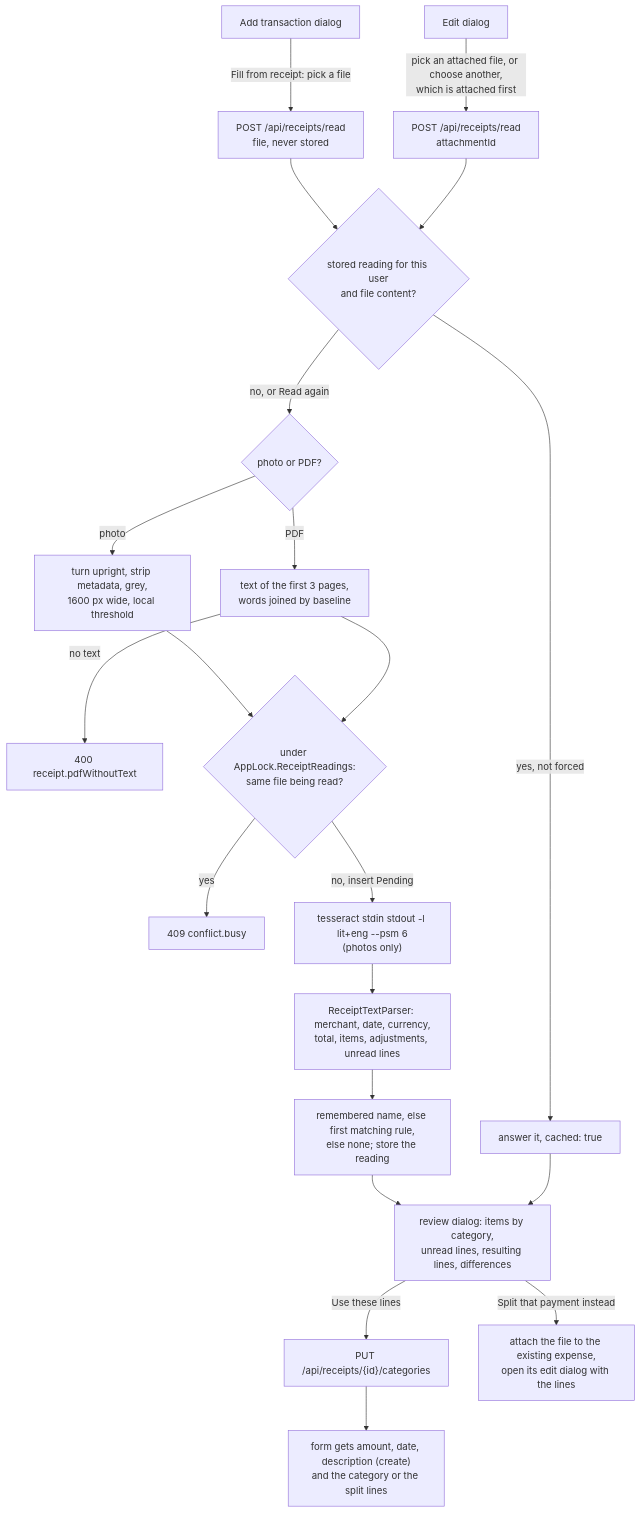
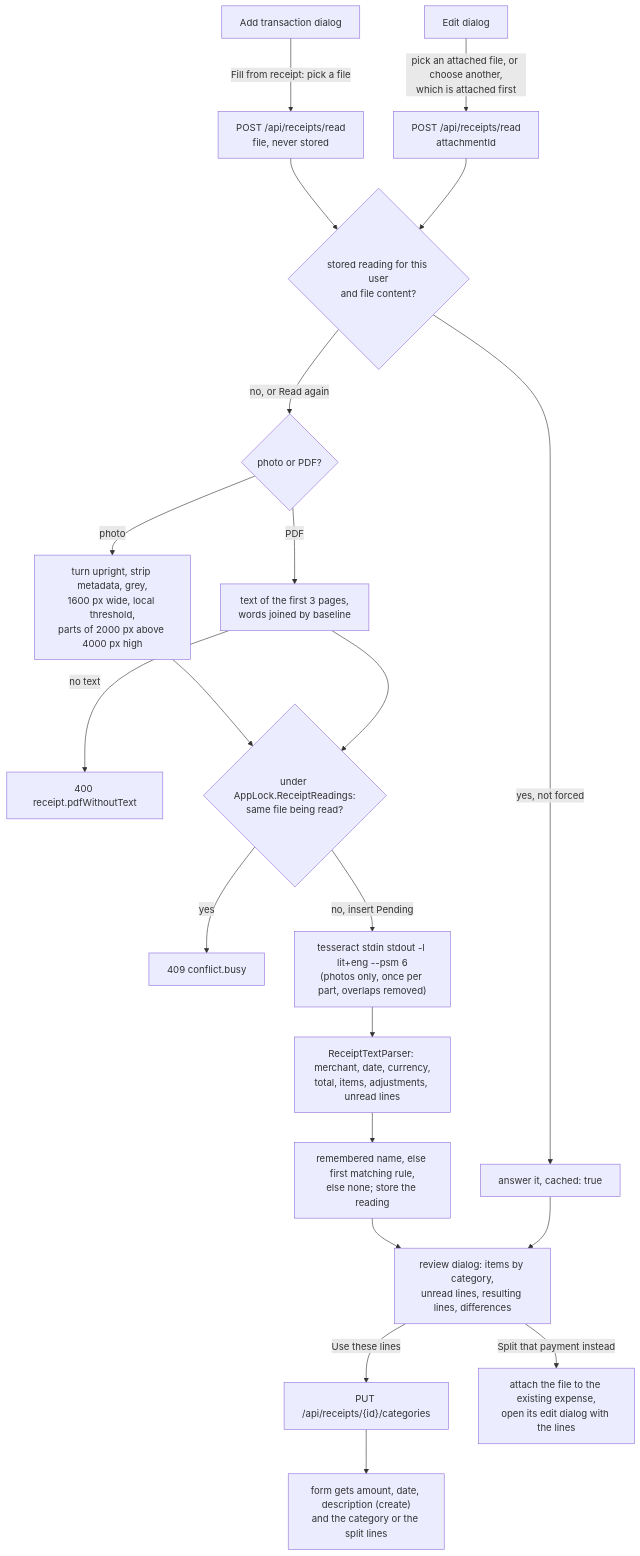
Before and after one commit to Justxs/Jx-Finance: the diagram in docs/features/receipt-reading.md, drawn with Mermaid. The commit also changed other lines of this file and 7 other files, not shown here.

````diff
--- a/docs/features/receipt-reading.md
+++ b/docs/features/receipt-reading.md
@@ -19,23 +19,23 @@
 ```mermaid
 flowchart TD
     Create["Add transaction dialog"] -->|"Fill from receipt: pick a file"| Upload["POST /api/receipts/read<br/>file, never stored"]
     Edit["Edit dialog"] -->|"pick an attached file, or choose another,<br/>which is attached first"| Attached["POST /api/receipts/read<br/>attachmentId"]
     Upload --> Service
     Attached --> Service
     Service{"stored reading for this user<br/>and file content?"} -->|"yes, not forced"| Cached["answer it, cached: true"]
     Service -->|"no, or Read again"| Prepare{"photo or PDF?"}
-    Prepare -->|"photo"| Image["turn upright, strip metadata, grey,<br/>1600 px wide, local threshold"]
+    Prepare -->|"photo"| Image["turn upright, strip metadata, grey,<br/>1600 px wide, local threshold,<br/>parts of 2000 px above 4000 px high"]
     Prepare -->|"PDF"| Text["text of the first 3 pages,<br/>words joined by baseline"]
     Text -->|"no text"| NoText["400 receipt.pdfWithoutText"]
     Image --> Busy{"under AppLock.ReceiptReadings:<br/>same file being read?"}
     Text --> Busy
     Busy -->|"yes"| Conflict["409 conflict.busy"]
-    Busy -->|"no, insert Pending"| Ocr["tesseract stdin stdout -l lit+eng --psm 6<br/>(photos only)"]
+    Busy -->|"no, insert Pending"| Ocr["tesseract stdin stdout -l lit+eng --psm 6<br/>(photos only, once per part, overlaps removed)"]
     Ocr --> Parse["ReceiptTextParser: merchant, date, currency,<br/>total, items, adjustments, unread lines"]
     Parse --> Categories["remembered name, else first matching rule,<br/>else none; store the reading"]
     Categories --> Review["review dialog: items by category,<br/>unread lines, resulting lines, differences"]
     Cached --> Review
     Review -->|"Use these lines"| Learn["PUT /api/receipts/{id}/categories"]
     Learn --> Form["form gets amount, date, description (create)<br/>and the category or the split lines"]
     Review -->|"Split that payment instead"| Candidate["attach the file to the existing expense,<br/>open its edit dialog with the lines"]
 ```
````
